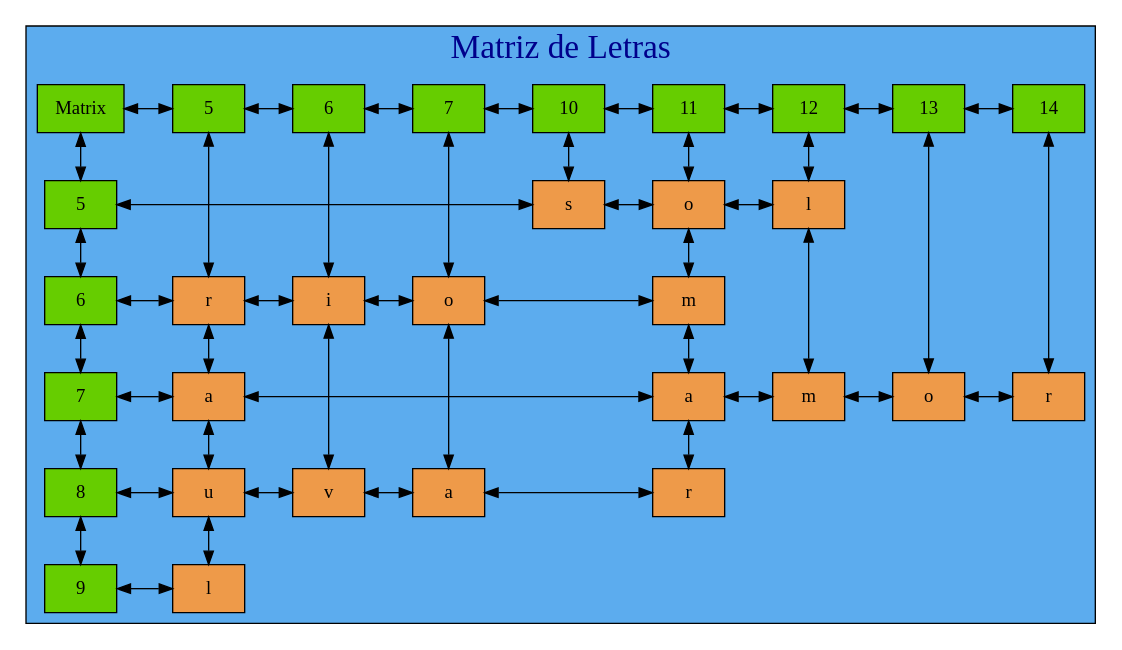
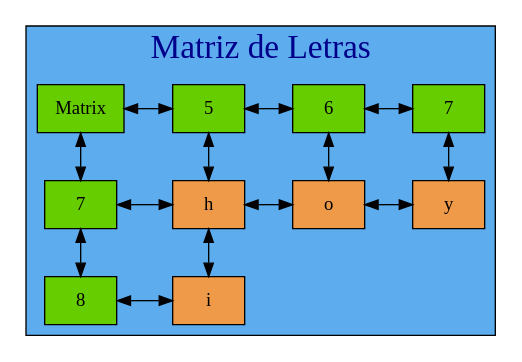
Before and after one commit to mariotun/EDD_1S2020_PY1_201602942: the diagram in Graficas/Table_Juego.dot, drawn with Graphviz. The commit also changed 19 other files, not shown here.

```diff
--- a/Graficas/Table_Juego.dot
+++ b/Graficas/Table_Juego.dot
@@ -1,105 +1,50 @@
  digraph tablero{ 
 
 graph[ranksep= "0.5",nodesep= "0.5"];
 subgraph cluster_1 {
 
 fontname=algerian
 label= "Matriz de Letras ";
  labelloc=t;
 fontcolor=blue4;
 fontsize=25;
 style=filled;
 fillcolor=steelblue2;
 
 node [shape=box fillcolor=chartreuse3];
 mt[label= "Matrix" style=radial group=0]
 {rank=same;
-25770476016[label= "5 " style=radial,group=5]
-25770476192[label= "6 " style=radial,group=6]
-25770478848[label= "7 " style=radial,group=7]
-25770476720[label= "10 " style=radial,group=10]
-25770477472[label= "11 " style=radial,group=11]
-25770480336[label= "12 " style=radial,group=12]
-25770480512[label= "13 " style=radial,group=13]
-0[label= "14 " style=radial,group=14]
-mt->25770476016->25770476192->25770478848->25770476720->25770477472->25770480336->25770480512->0[dir=both];};
+25770509568[label= "5 " style=radial,group=5]
+25770510224[label= "6 " style=radial,group=6]
+0[label= "7 " style=radial,group=7]
+mt->25770509568->25770510224->0[dir=both];};
 
-25770475896[label= "5 " style=radial,group=0]
-25770477000[label= "6 " style=radial,group=0]
-25770476696[label= "7 " style=radial,group=0]
-25770476424[label= "8 " style=radial,group=0]
-56[label= "9 " style=radial,group=0]
-mt->25770475896->25770477000->25770476696->25770476424->56[dir=both];
+25770509896[label= "7 " style=radial,group=0]
+56[label= "8 " style=radial,group=0]
+mt->25770509896->56[dir=both];
 
 node[shape=box height=0.5 style=filled fontcolor=black fillcolor= tan2]
-25770475904[label="r" style=radial,group=5];
+25770509360[label="h" style=radial,group=5];
 node[shape=box height=0.5 style=filled fontcolor=black fillcolor= tan2]
-25770477008[label="a" style=radial,group=5];
+25770509904[label="i" style=radial,group=5];
 node[shape=box height=0.5 style=filled fontcolor=black fillcolor= tan2]
-25770477296[label="u" style=radial,group=5];
+25770509632[label="o" style=radial,group=6];
 node[shape=box height=0.5 style=filled fontcolor=black fillcolor= tan2]
-25770476432[label="l" style=radial,group=5];
-node[shape=box height=0.5 style=filled fontcolor=black fillcolor= tan2]
-25770476080[label="i" style=radial,group=6];
-node[shape=box height=0.5 style=filled fontcolor=black fillcolor= tan2]
-25770477120[label="v" style=radial,group=6];
-node[shape=box height=0.5 style=filled fontcolor=black fillcolor= tan2]
-25770476256[label="o" style=radial,group=7];
-node[shape=box height=0.5 style=filled fontcolor=black fillcolor= tan2]
-25770477232[label="a" style=radial,group=7];
-node[shape=box height=0.5 style=filled fontcolor=black fillcolor= tan2]
-25770477408[label="s" style=radial,group=10];
-node[shape=box height=0.5 style=filled fontcolor=black fillcolor= tan2]
-25770476784[label="o" style=radial,group=11];
-node[shape=box height=0.5 style=filled fontcolor=black fillcolor= tan2]
-25770477600[label="m" style=radial,group=11];
-node[shape=box height=0.5 style=filled fontcolor=black fillcolor= tan2]
-25770477712[label="a" style=radial,group=11];
-node[shape=box height=0.5 style=filled fontcolor=black fillcolor= tan2]
-25770477824[label="r" style=radial,group=11];
-node[shape=box height=0.5 style=filled fontcolor=black fillcolor= tan2]
-25770477536[label="l" style=radial,group=12];
-node[shape=box height=0.5 style=filled fontcolor=black fillcolor= tan2]
-25770479472[label="m" style=radial,group=12];
-node[shape=box height=0.5 style=filled fontcolor=black fillcolor= tan2]
-25770480400[label="o" style=radial,group=13];
-node[shape=box height=0.5 style=filled fontcolor=black fillcolor= tan2]
-25770480576[label="r" style=radial,group=14];
+25770510288[label="y" style=radial,group=7];
 
 
-25770476016->25770475904->25770477008->25770477296->25770476432[dir=both]
-25770476192->25770476080->25770477120[dir=both]
-25770478848->25770476256->25770477232[dir=both]
-25770476720->25770477408[dir=both]
-25770477472->25770476784->25770477600->25770477712->25770477824[dir=both]
-25770480336->25770477536->25770479472[dir=both]
-25770480512->25770480400[dir=both]
-0->25770480576[dir=both]
+25770509568->25770509360->25770509904[dir=both]
+25770510224->25770509632[dir=both]
+0->25770510288[dir=both]
 
-25770477408[label="s"];
-25770476784[label="o"];
-25770477536[label="l"];
-25770475904[label="r"];
-25770476080[label="i"];
-25770476256[label="o"];
-25770477600[label="m"];
-25770477008[label="a"];
-25770477712[label="a"];
-25770479472[label="m"];
-25770480400[label="o"];
-25770480576[label="r"];
-25770477296[label="u"];
-25770477120[label="v"];
-25770477232[label="a"];
-25770477824[label="r"];
-25770476432[label="l"];
+25770509360[label="h"];
+25770509632[label="o"];
+25770510288[label="y"];
+25770509904[label="i"];
 
 
-{rank=same;25770475896->25770477408->25770476784->25770477536[dir=both] } 
-{rank=same;25770477000->25770475904->25770476080->25770476256->25770477600[dir=both] } 
-{rank=same;25770476696->25770477008->25770477712->25770479472->25770480400->25770480576[dir=both] } 
-{rank=same;25770476424->25770477296->25770477120->25770477232->25770477824[dir=both] } 
-{rank=same;56->25770476432[dir=both] }
+{rank=same;25770509896->25770509360->25770509632->25770510288[dir=both] } 
+{rank=same;56->25770509904[dir=both] }
  }
 
 }
```
